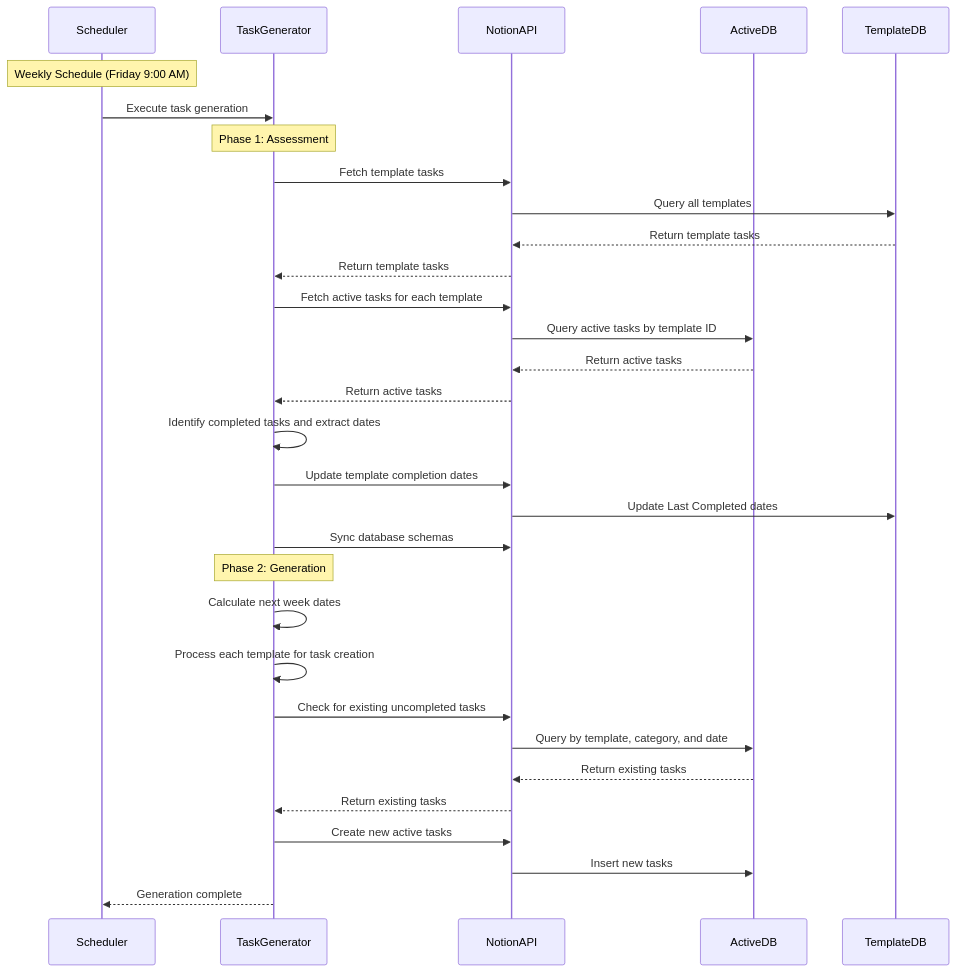
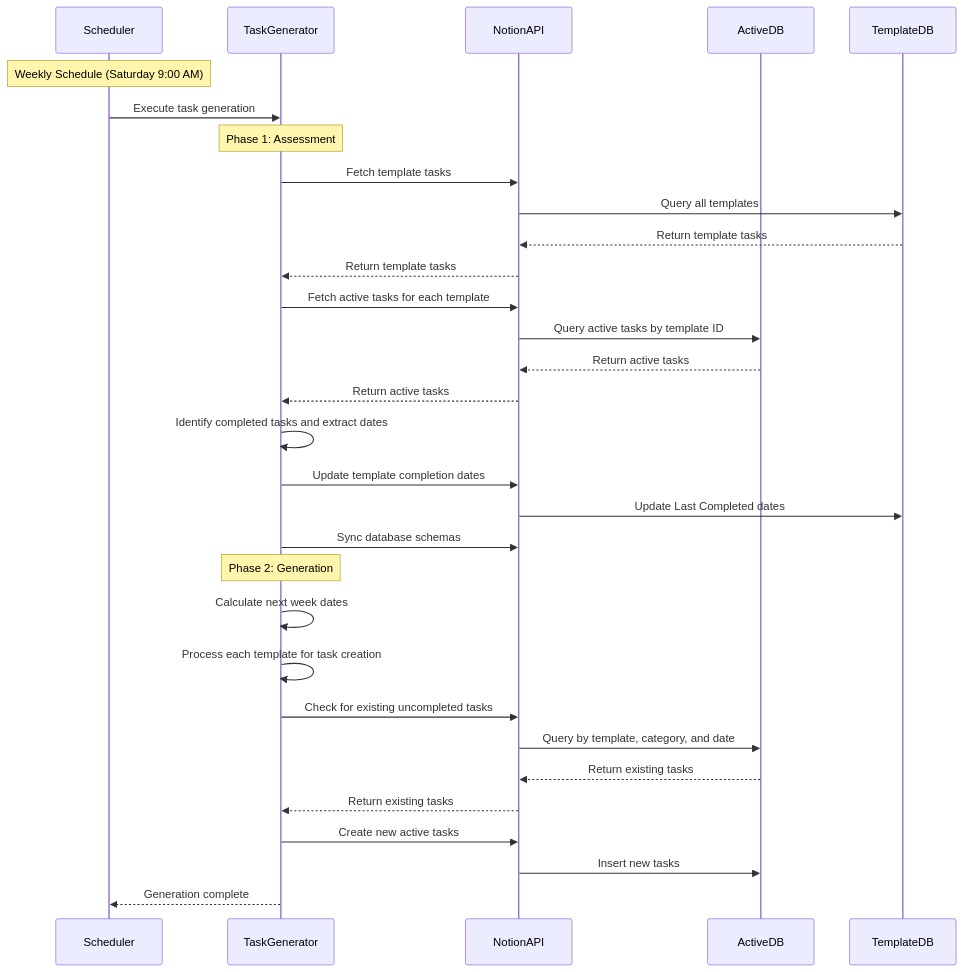
Before and after one commit to NickBorgers/TaskManager: the second of 2 diagrams in design.md, drawn with Mermaid. The commit also changed other lines of this file and 5 other files, not shown here.

````diff
--- a/design.md
+++ b/design.md
@@ -134,36 +134,36 @@
 ```mermaid
 sequenceDiagram
     participant Scheduler
     participant TaskGenerator
     participant NotionAPI
     participant ActiveDB
     participant TemplateDB
     
-    Note over Scheduler: Weekly Schedule (Friday 9:00 AM)
+    Note over Scheduler: Weekly Schedule (Saturday 9:00 AM)
     Scheduler->>TaskGenerator: Execute task generation
     
     Note over TaskGenerator: Phase 1: Assessment
     TaskGenerator->>NotionAPI: Fetch template tasks
     NotionAPI->>TemplateDB: Query all templates
     TemplateDB-->>NotionAPI: Return template tasks
     NotionAPI-->>TaskGenerator: Return template tasks
     TaskGenerator->>NotionAPI: Fetch active tasks for each template
     NotionAPI->>ActiveDB: Query active tasks by template ID
     ActiveDB-->>NotionAPI: Return active tasks
     NotionAPI-->>TaskGenerator: Return active tasks
     TaskGenerator->>TaskGenerator: Identify completed tasks and extract dates
     TaskGenerator->>NotionAPI: Update template completion dates
     NotionAPI->>TemplateDB: Update Last Completed dates
     TaskGenerator->>NotionAPI: Sync database schemas
     
     Note over TaskGenerator: Phase 2: Generation
     TaskGenerator->>TaskGenerator: Calculate next week dates
     TaskGenerator->>TaskGenerator: Process each template for task creation
     TaskGenerator->>NotionAPI: Check for existing uncompleted tasks
     NotionAPI->>ActiveDB: Query by template, category, and date
     ActiveDB-->>NotionAPI: Return existing tasks
     NotionAPI-->>TaskGenerator: Return existing tasks
     TaskGenerator->>NotionAPI: Create new active tasks
     NotionAPI->>ActiveDB: Insert new tasks
     TaskGenerator-->>Scheduler: Generation complete
 ```
````
